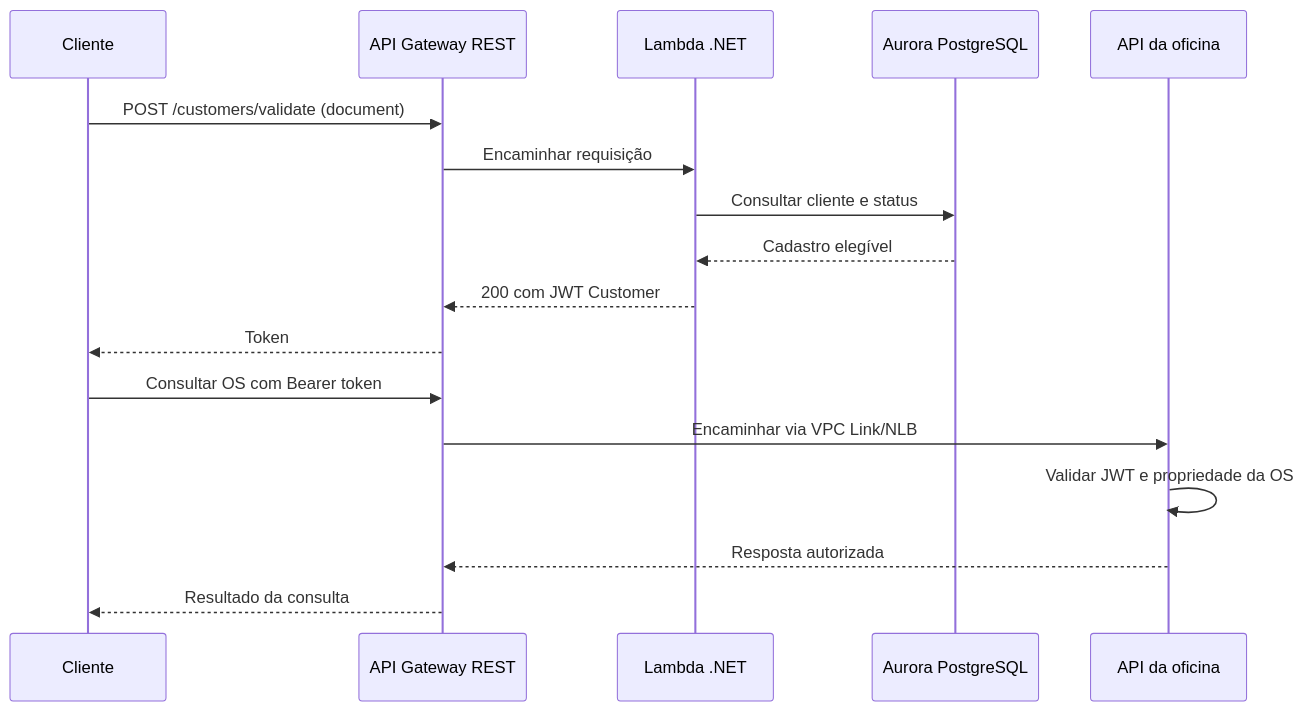
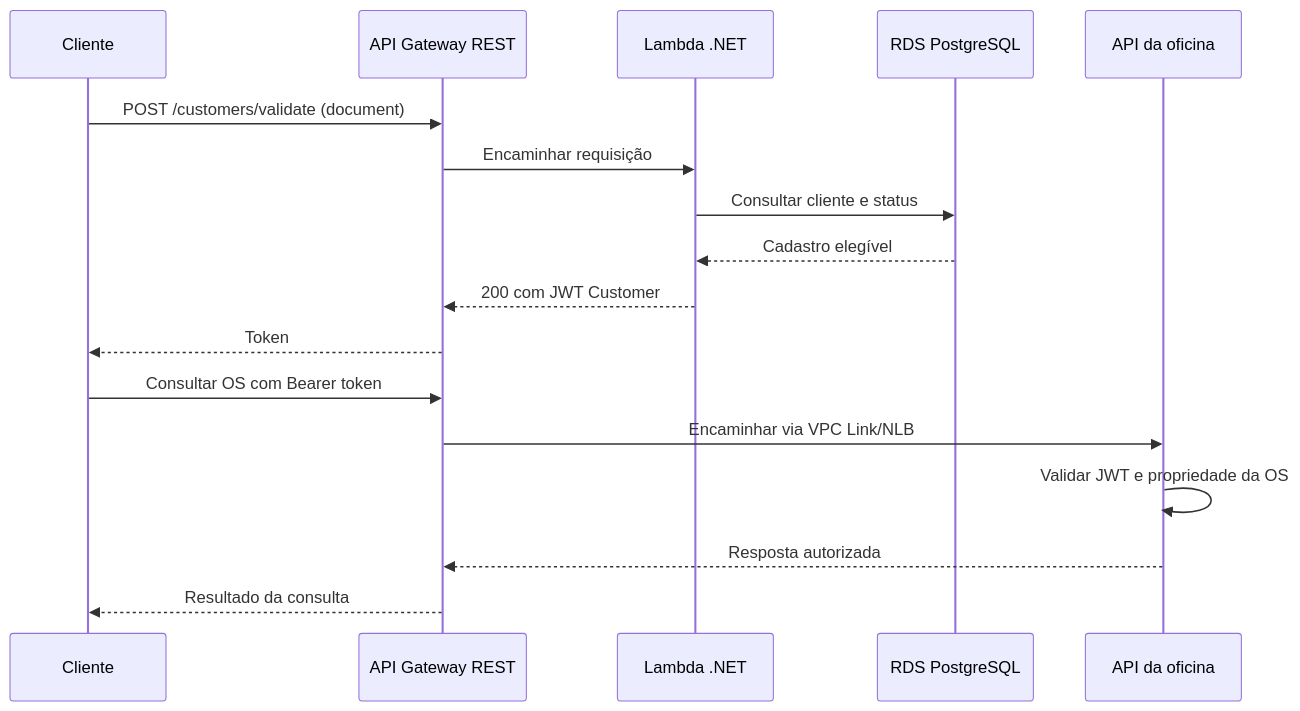
The diagram in README.md (pknfelps/GerenciamentoMecanicaAutenticacao), drawn with Mermaid before and after one commit. The commit also changed other lines of this file and 5 other files, not shown here.

````diff
--- a/README.md
+++ b/README.md
@@ -19,19 +34,19 @@
 ```mermaid
 sequenceDiagram
     participant C as Cliente
     participant G as API Gateway REST
     participant L as Lambda .NET
-    participant B as Aurora PostgreSQL
+    participant B as RDS PostgreSQL
     participant A as API da oficina
     C->>G: POST /customers/validate (document)
     G->>L: Encaminhar requisição
     L->>B: Consultar cliente e status
     B-->>L: Cadastro elegível
     L-->>G: 200 com JWT Customer
     G-->>C: Token
     C->>G: Consultar OS com Bearer token
     G->>A: Encaminhar via VPC Link/NLB
     A->>A: Validar JWT e propriedade da OS
     A-->>G: Resposta autorizada
     G-->>C: Resultado da consulta
 ```
````
